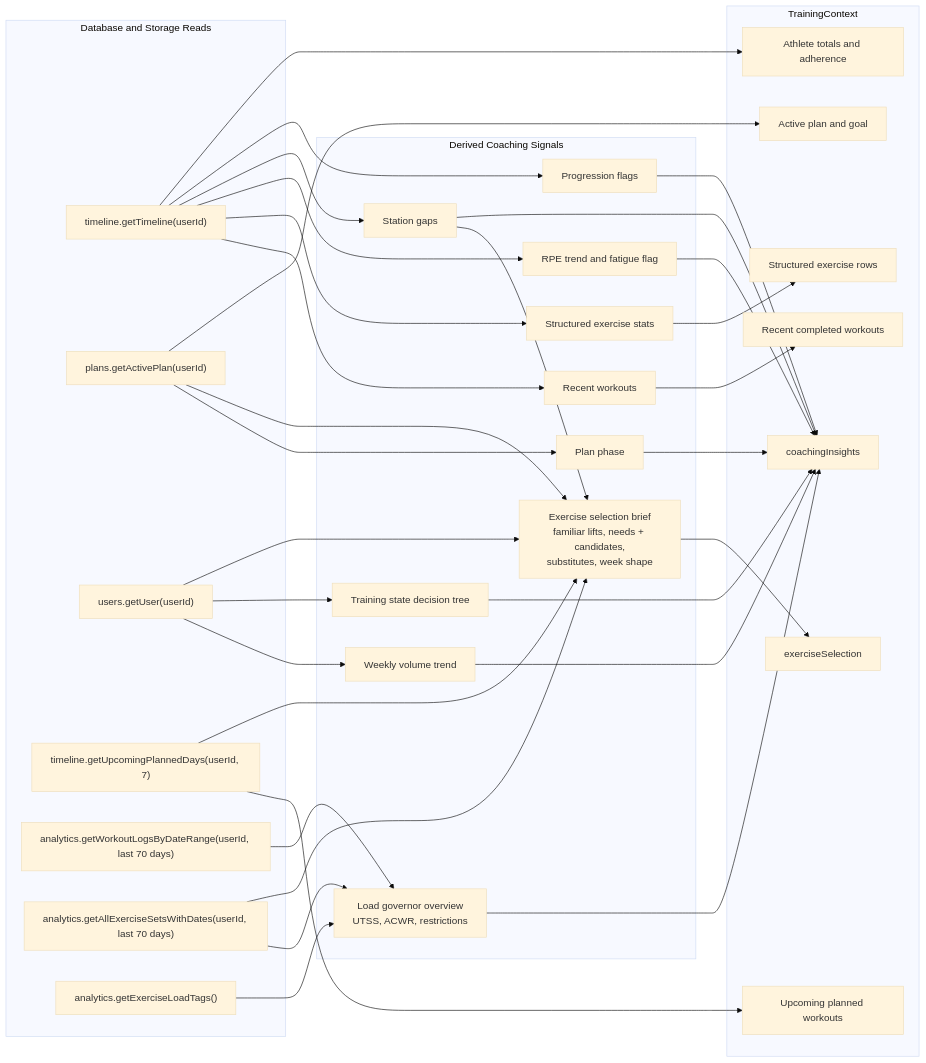
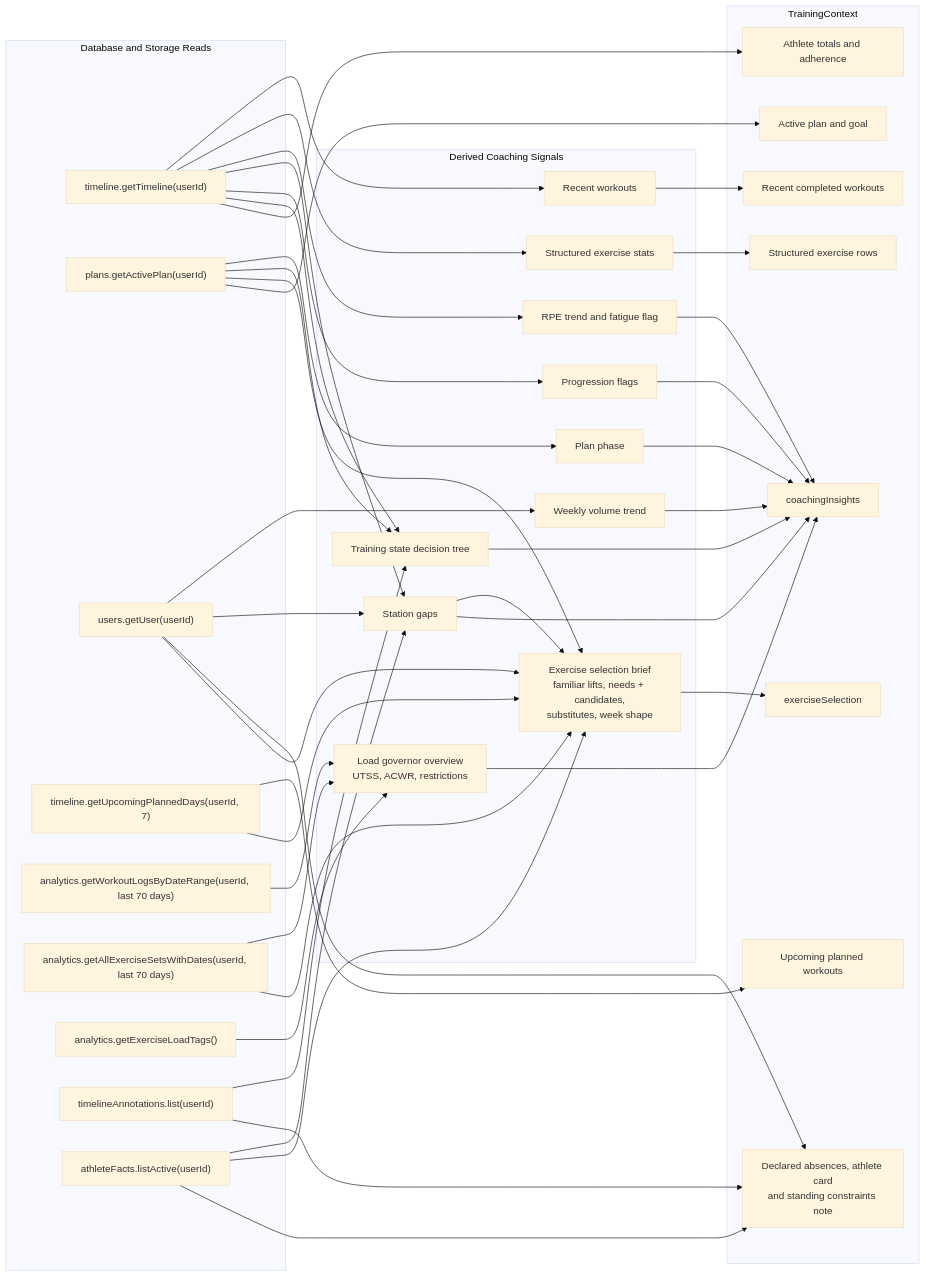
Before and after one commit to daler91/Hyrox-Companion: the second of 5 diagrams in docs/ai-coach-auto-regulation-flow.md, drawn with Mermaid (base theme). The commit also changed other lines of this file and 5 other files, not shown here.

First line of the commit message:
Docs: weekly-review spec, auto-regulation flow and mobile docs, deep-pass checkpoint

````diff
--- a/docs/ai-coach-auto-regulation-flow.md
+++ b/docs/ai-coach-auto-regulation-flow.md
@@ -88,67 +88,78 @@
 ```mermaid
 flowchart LR
     subgraph DB["Database and Storage Reads"]
         T1["timeline.getTimeline(userId)"]
         T2["plans.getActivePlan(userId)"]
         T3["users.getUser(userId)"]
         T4["timeline.getUpcomingPlannedDays(userId, 7)"]
         T5["analytics.getWorkoutLogsByDateRange(userId, last 70 days)"]
         T6["analytics.getAllExerciseSetsWithDates(userId, last 70 days)"]
         T7["analytics.getExerciseLoadTags()"]
+        T8["timelineAnnotations.list(userId)"]
+        T9["athleteFacts.listActive(userId)"]
     end
 
     subgraph Derived["Derived Coaching Signals"]
         D1["Recent workouts"]
         D2["Structured exercise stats"]
         D3["RPE trend and fatigue flag"]
         D4["Station gaps"]
         D5["Plan phase"]
         D6["Weekly volume trend"]
         D7["Progression flags"]
         D8["Training state decision tree"]
         D9["Load governor overview<br/>UTSS, ACWR, restrictions"]
         D10["Exercise selection brief<br/>familiar lifts, needs + candidates,<br/>substitutes, week shape"]
     end
 
     subgraph Context["TrainingContext"]
         C1["Athlete totals and adherence"]
         C2["Active plan and goal"]
         C3["Upcoming planned workouts"]
         C4["Recent completed workouts"]
         C5["Structured exercise rows"]
         C6["coachingInsights"]
         C7["exerciseSelection"]
+        C8["Declared absences, athlete card<br/>and standing constraints note"]
     end
 
     T1 --> D1
     T1 --> D2
     T1 --> D3
     T1 --> D4
     T1 --> D7
     T2 --> D5
     T3 --> D6
-    T3 --> D8
+    T1 --> D8
+    T2 --> D8
+    T8 --> D8
+    T3 --> D4
+    T9 --> D4
+    T9 --> D10
+    T3 --> C8
+    T8 --> C8
+    T9 --> C8
     T4 --> C3
     T5 --> D9
     T6 --> D9
     T7 --> D9
     T2 --> D10
     T3 --> D10
     T4 --> D10
     T6 --> D10
     D4 --> D10
 
     D1 --> C4
     D2 --> C5
     D3 --> C6
     D4 --> C6
     D5 --> C6
     D6 --> C6
     D7 --> C6
     D8 --> C6
     D9 --> C6
     D10 --> C7
 
     T1 --> C1
     T2 --> C2
 ```
````
